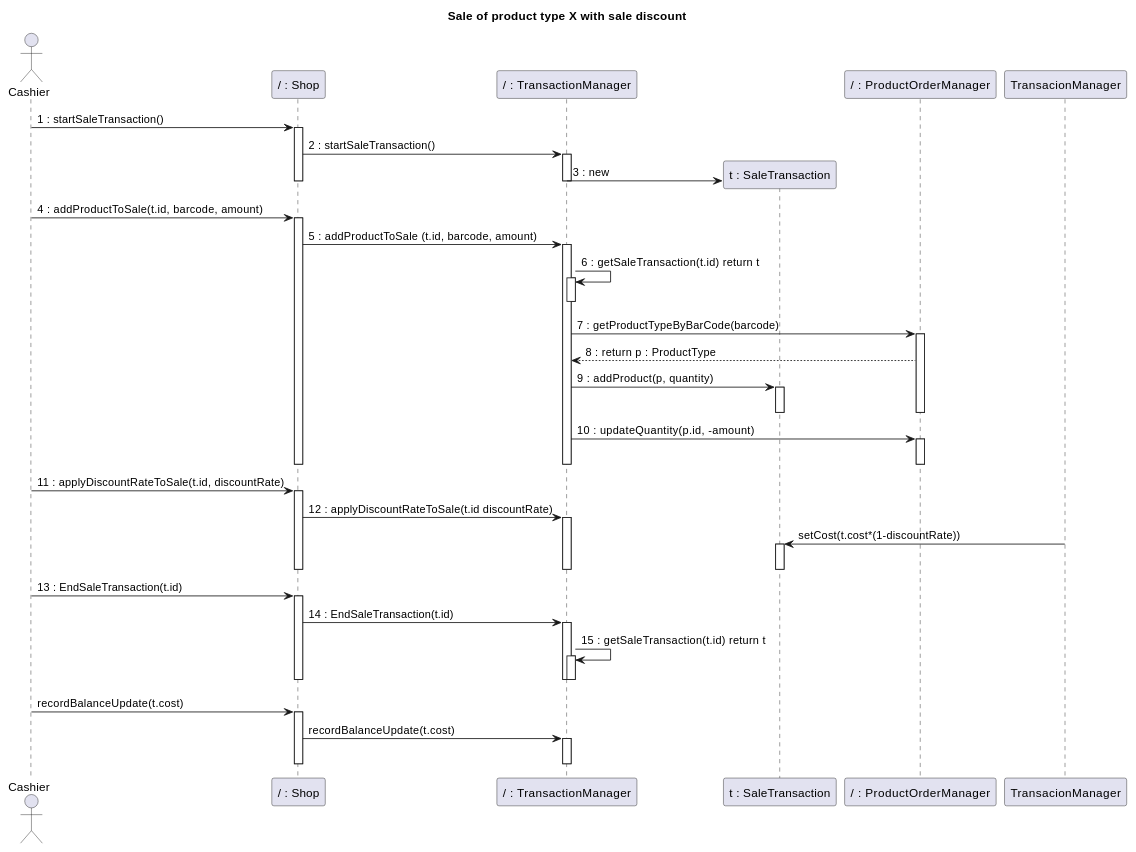
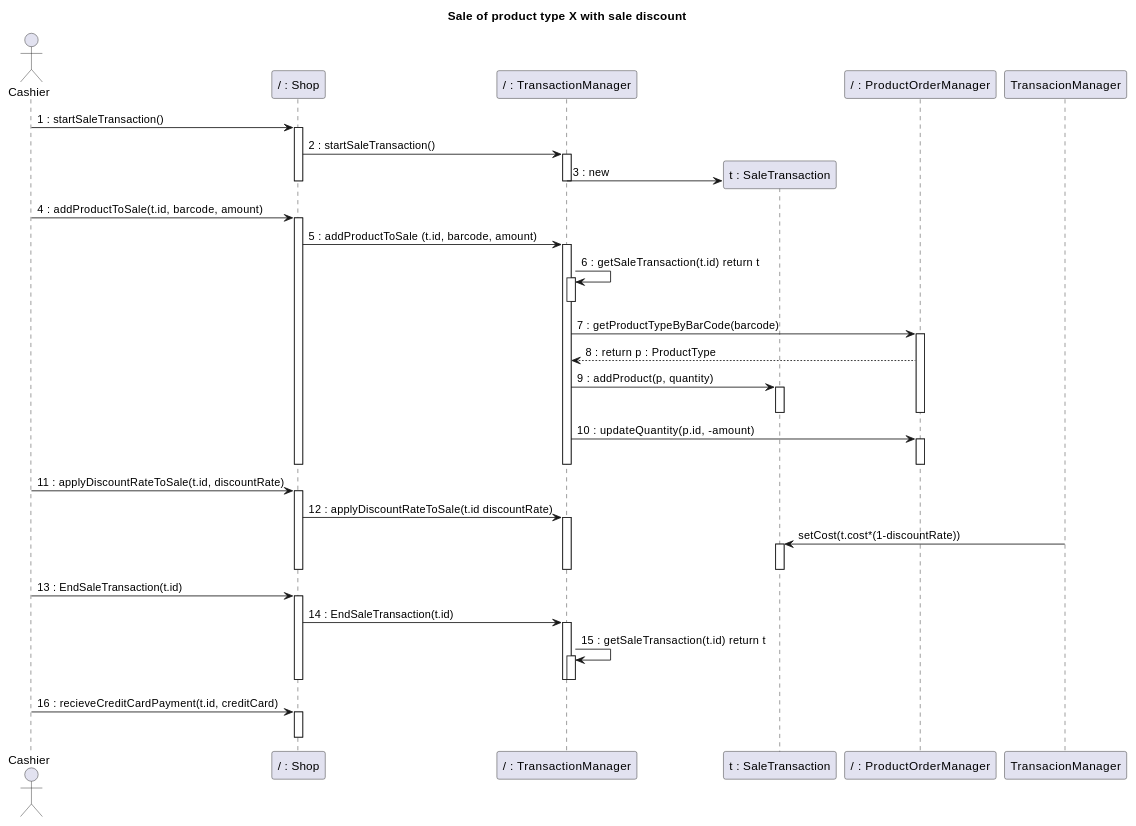
Before and after one commit to nicolabattaglino/ezshop: diagram 20 of 32 in Deliverables/DesignDocument.md, drawn with PlantUML. The commit also changed other lines of this file, not shown here.

````diff
--- a/Deliverables/DesignDocument.md
+++ b/Deliverables/DesignDocument.md
@@ -955,75 +948,72 @@
 ```plantuml
 @startuml
 
 title
 Sale of product type X with sale discount
 end title
 
 actor Cashier
 
 participant "/ : Shop" as Shop
 participant "/ : TransactionManager" as TransactionManager
 participant "t : SaleTransaction"  as SaleTransaction
 participant "/ : ProductOrderManager" as ProductOrderManager
 
 Cashier -> Shop: 1 : startSaleTransaction()
 activate Shop
 Shop -> TransactionManager : 2 : startSaleTransaction()
 activate TransactionManager
 create SaleTransaction
 TransactionManager -> SaleTransaction: 3 : new
 deactivate TransactionManager
 deactivate Shop
 Cashier -> Shop : 4 : addProductToSale(t.id, barcode, amount)
 activate Shop
 Shop -> TransactionManager: 5 : addProductToSale (t.id, barcode, amount)
  
 
 activate TransactionManager
 TransactionManager -> TransactionManager: 6 : getSaleTransaction(t.id) return t
 activate TransactionManager
 deactivate TransactionManager
 TransactionManager -> ProductOrderManager: 7 : getProductTypeByBarCode(barcode)
 activate ProductOrderManager
 
 
 TransactionManager <-- ProductOrderManager : 8 : return p : ProductType
 
 TransactionManager -> SaleTransaction : 9 : addProduct(p, quantity)
 activate SaleTransaction
 deactivate SaleTransaction
 deactivate ProductOrderManager
 TransactionManager -> ProductOrderManager: 10 : updateQuantity(p.id, -amount)
 activate ProductOrderManager
 deactivate ProductOrderManager
 deactivate TransactionManager
 deactivate Shop
 
 Cashier -> Shop : 11 : applyDiscountRateToSale(t.id, discountRate)
 activate Shop
 Shop -> TransactionManager : 12 : applyDiscountRateToSale(t.id discountRate)
 activate TransactionManager
 TransacionManager -> SaleTransaction : setCost(t.cost*(1-discountRate))
 activate SaleTransaction
 deactivate SaleTransaction
 deactivate TransactionManager
 deactivate Shop
 
 Cashier -> Shop : 13 : EndSaleTransaction(t.id)
 activate Shop
 Shop -> TransactionManager : 14 : EndSaleTransaction(t.id)
 activate TransactionManager
 TransactionManager -> TransactionManager : 15 : getSaleTransaction(t.id) return t
 activate TransactionManager
 deactivate TransactionManager
 deactivate TransactionManager
 deactivate Shop
 
-Cashier -> Shop : recordBalanceUpdate(t.cost)
+Cashier -> Shop : 16 : recieveCreditCardPayment(t.id, creditCard)
 activate Shop
-Shop -> TransactionManager : recordBalanceUpdate(t.cost)
-activate TransactionManager
-deactivate TransactionManager
 deactivate Shop
 @enduml
 ```
````
